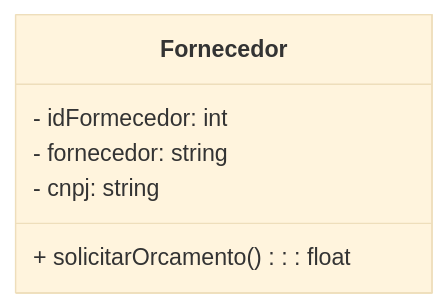
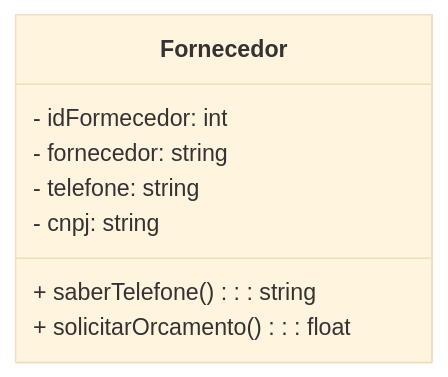
Before and after one commit to MTECHDevelopment/poojavaceub-grupo-3: the diagram in Fornecedor.md, drawn with Mermaid (base theme).

````diff
--- a/Fornecedor.md
+++ b/Fornecedor.md
@@ -2,10 +2,12 @@
 ```mermaid
 classDiagram
   class Fornecedor{
     - idFormecedor: int
     - fornecedor: string
+    - telefone: string
     - cnpj: string
+    + saberTelefone() : : string
     + solicitarOrcamento() : : float
   }
 
 ```
````
